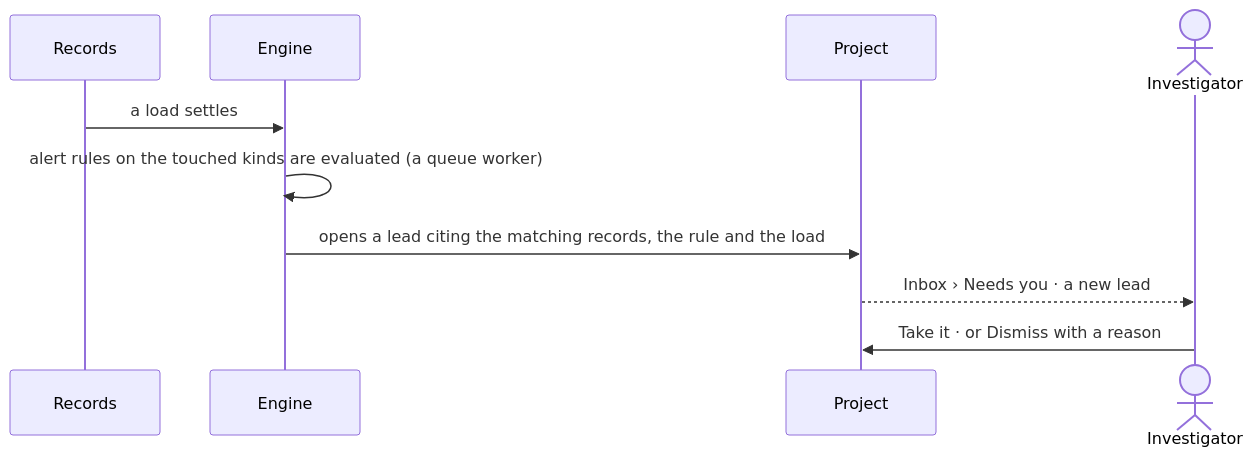
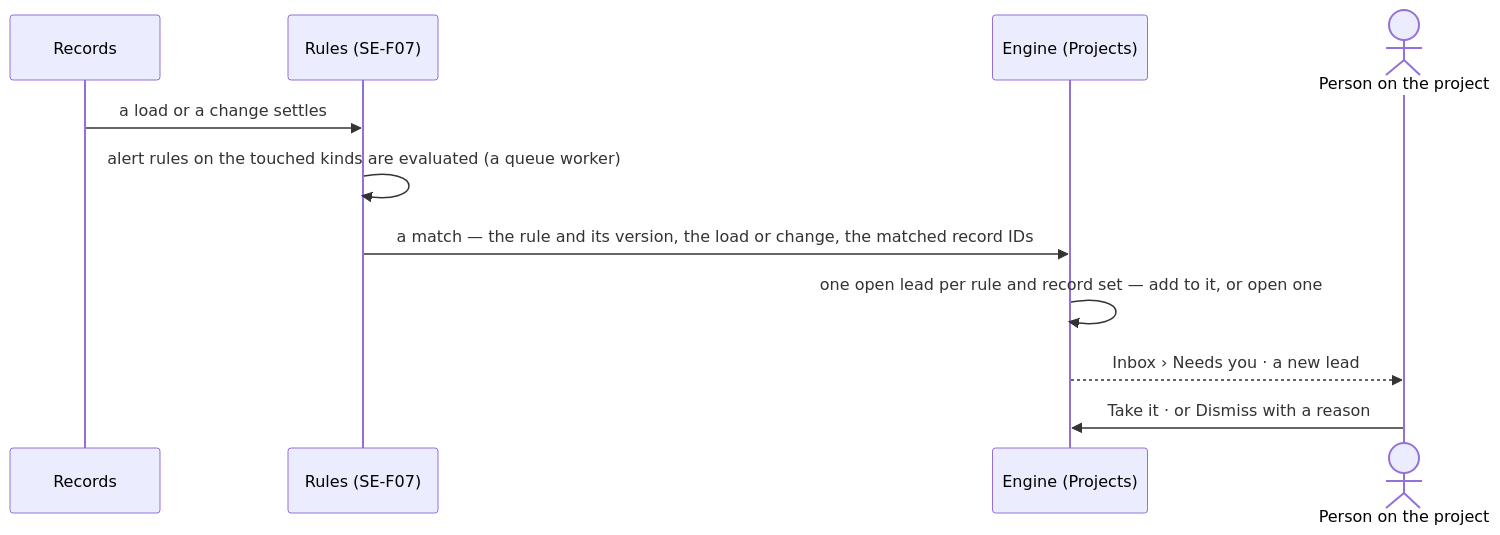
One commit to invana/invana changed the second of 2 diagrams in specs/capabilities/projects/features/PJ-F06-alerts/feature.md. Above: the diagram before and after it, drawn with Mermaid. The commit also changed other lines of this file and 522 other files, not shown here.

````diff
--- a/specs/capabilities/projects/features/PJ-F06-alerts/feature.md
+++ b/specs/capabilities/projects/features/PJ-F06-alerts/feature.md
@@ -36,12 +43,13 @@
 ```mermaid
 sequenceDiagram
   participant R as Records
-  participant E as Engine
-  participant P as Project
-  actor I as Investigator
-  R->>E: a load settles
-  E->>E: alert rules on the touched kinds are evaluated (a queue worker)
-  E->>P: opens a lead citing the matching records, the rule and the load
-  P-->>I: Inbox › Needs you · a new lead
-  I->>P: Take it · or Dismiss with a reason
+  participant S as Rules (SE-F07)
+  participant E as Engine (Projects)
+  actor I as Person on the project
+  R->>S: a load or a change settles
+  S->>S: alert rules on the touched kinds are evaluated (a queue worker)
+  S->>E: a match — the rule and its version, the load or change, the matched record IDs
+  E->>E: one open lead per rule and record set — add to it, or open one
+  E-->>I: Inbox › Needs you · a new lead
+  I->>E: Take it · or Dismiss with a reason
 ```
````
